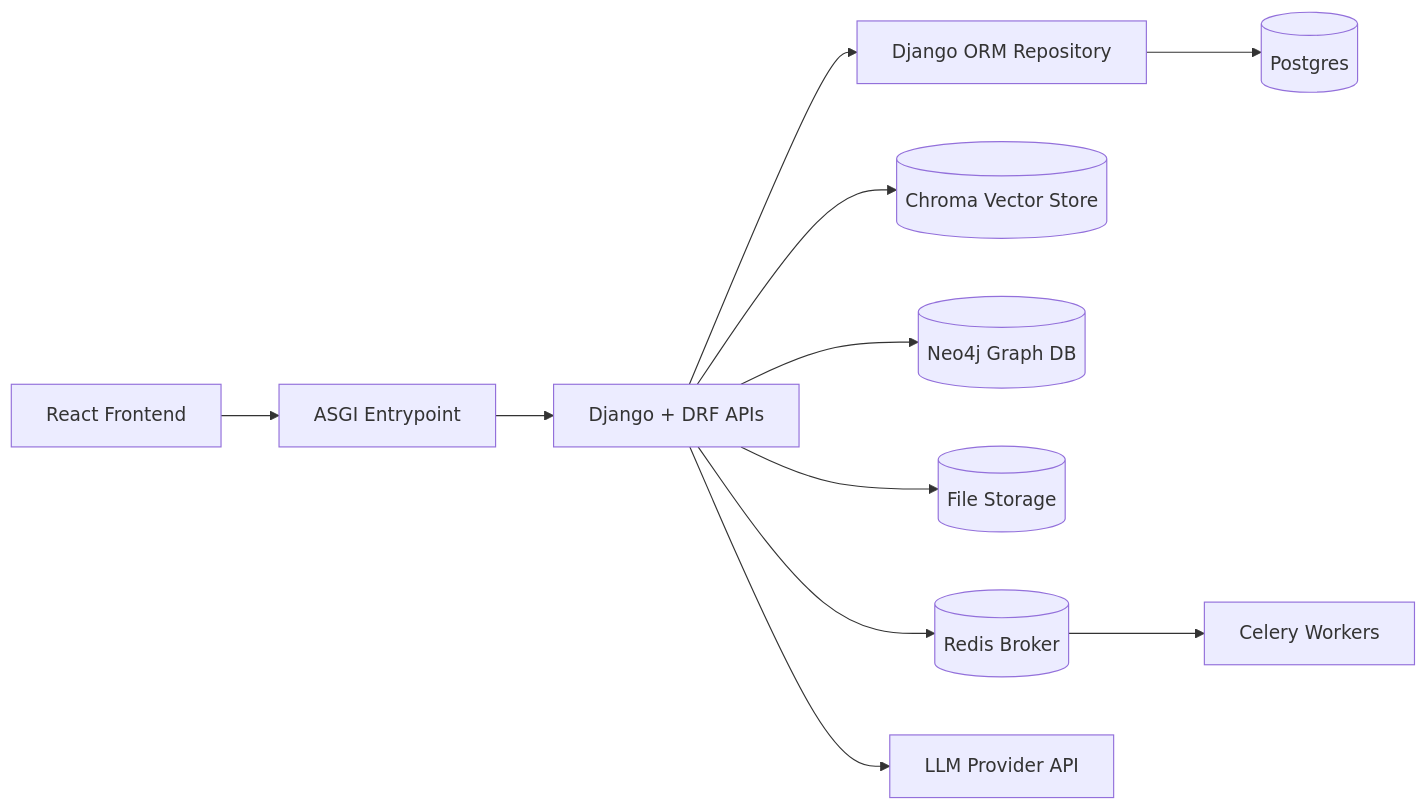
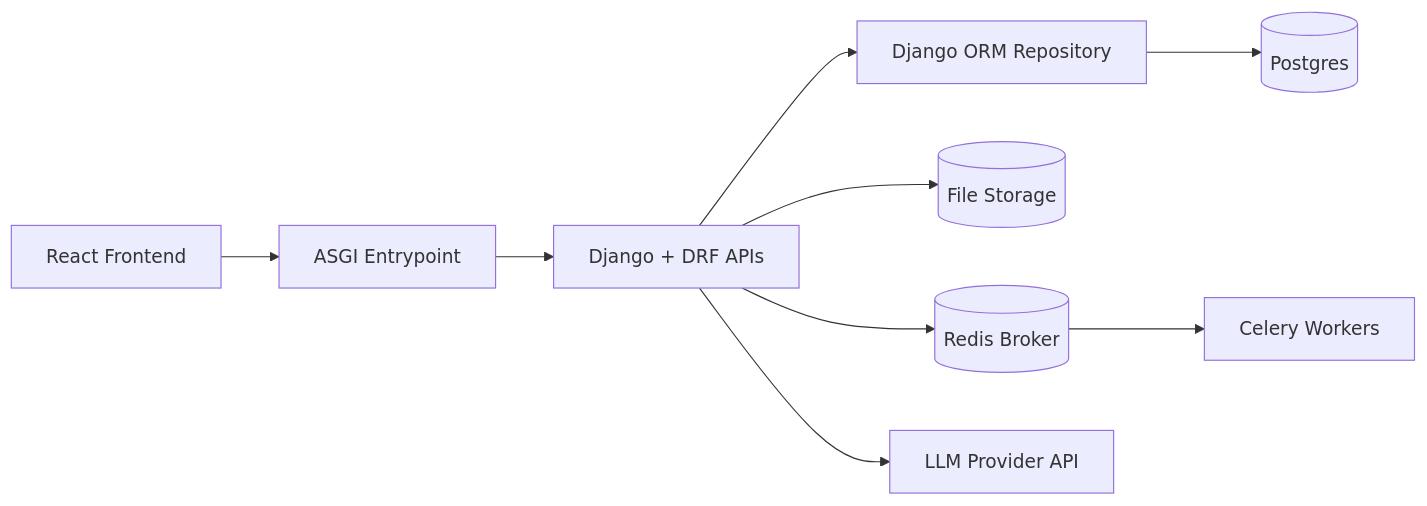
Before and after one commit to Matthew-Booth-Py/data-labeller: the first of 2 diagrams in README.md, drawn with Mermaid. The commit also changed other lines of this file and 79 other files, not shown here.

````diff
--- a/README.md
+++ b/README.md
@@ -37,13 +29,11 @@
 ```mermaid
 flowchart LR
     UI[React Frontend] --> ASGI[ASGI Entrypoint]
     ASGI --> DJ[Django + DRF APIs]
     DJ --> REPO[Django ORM Repository]
     REPO --> PG[(Postgres)]
-    DJ --> CHROMA[(Chroma Vector Store)]
-    DJ --> NEO4J[(Neo4j Graph DB)]
     DJ --> FILES[(File Storage)]
     DJ --> REDIS[(Redis Broker)]
     REDIS --> CELERY[Celery Workers]
     DJ --> LLM[LLM Provider API]
 ```
````
